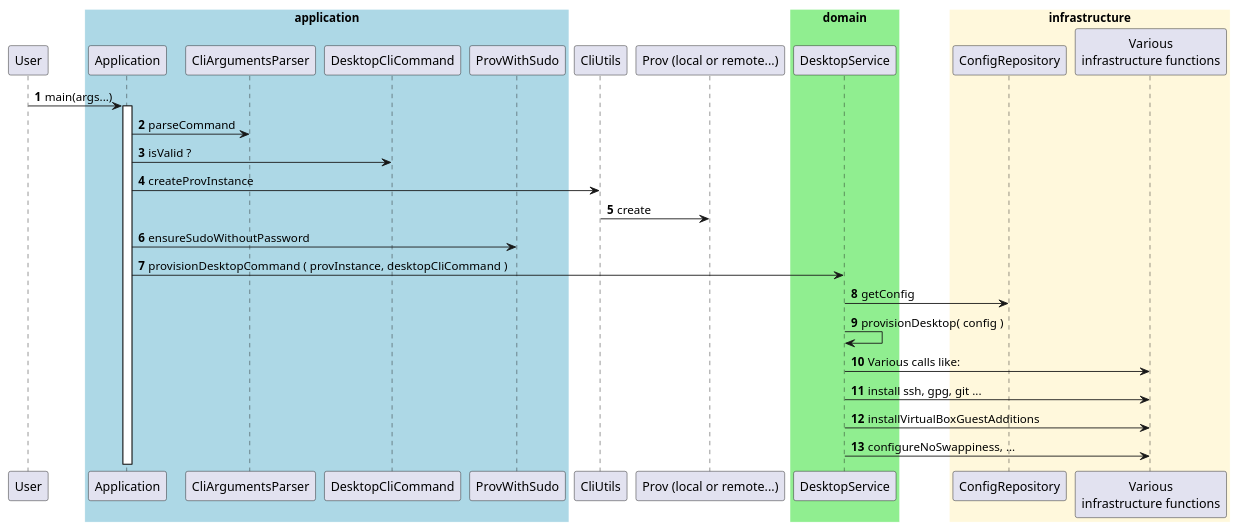
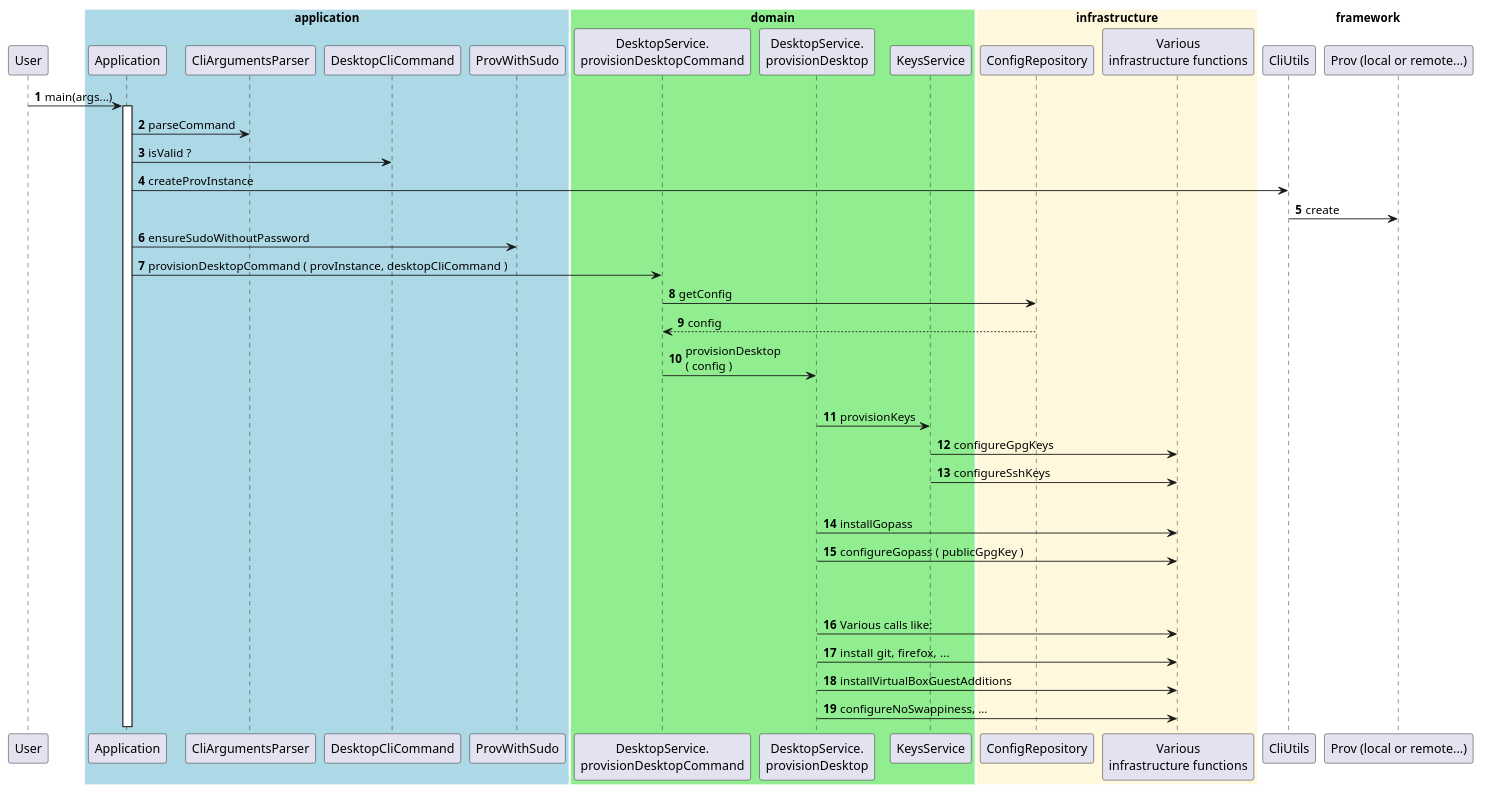
The diagram in doc/ProvisionDesktopSequence.md (DomainDrivenArchitecture/provs), drawn with PlantUML before and after one commit.

````diff
--- a/doc/ProvisionDesktopSequence.md
+++ b/doc/ProvisionDesktopSequence.md
@@ -1,53 +1,70 @@
 ```plantuml
 @startuml
 
 autonumber
 
 skinparam sequenceBox {
      borderColor White
 }
 
 participant User
 
 box "application" #LightBlue
 participant Application
 participant CliArgumentsParser
 participant DesktopCliCommand
 participant ProvWithSudo
 end box
 
-box  #White
-participant CliUtils
-participant "Prov (local or remote...)" as ProvInstance
-end box
-
 box "domain" #LightGreen
-participant "DesktopService"
+participant "DesktopService.\nprovisionDesktopCommand" as provisionDesktopCommand
+participant "DesktopService.\nprovisionDesktop" as provisionDesktop
+participant "KeysService"
 end box
 
 box "infrastructure" #CornSilk
 participant ConfigRepository
 participant "Various\ninfrastructure functions" as Infrastructure_functions
+end box
+
+box "framework" #White
+participant CliUtils
+participant "Prov (local or remote...)" as ProvInstance
 end box
 
 
 User -> Application ++ : main(args...)
 Application -> CliArgumentsParser : parseCommand
 Application -> DesktopCliCommand : isValid ?
 Application -> CliUtils : createProvInstance
 ProvInstance <- CliUtils : create
 
 Application -> ProvWithSudo : ensureSudoWithoutPassword
-Application -> DesktopService : provisionDesktopCommand ( provInstance, desktopCliCommand )
+Application -> provisionDesktopCommand : provisionDesktopCommand ( provInstance, desktopCliCommand )
 
-DesktopService -> ConfigRepository : getConfig
+provisionDesktopCommand -> ConfigRepository : getConfig
+provisionDesktopCommand <-- ConfigRepository : config
 
-DesktopService -> DesktopService : provisionDesktop( config )
+provisionDesktopCommand -> provisionDesktop : provisionDesktop\n( config )
 
-DesktopService -> Infrastructure_functions: Various calls like:
-DesktopService -> Infrastructure_functions: install ssh, gpg, git ...
-DesktopService -> Infrastructure_functions: installVirtualBoxGuestAdditions
-DesktopService -> Infrastructure_functions: configureNoSwappiness, ...
+|||
+
+provisionDesktop -> "KeysService" : provisionKeys
+"KeysService" -> Infrastructure_functions : configureGpgKeys
+"KeysService" -> Infrastructure_functions : configureSshKeys
+
+|||
+
+"provisionDesktop" -> Infrastructure_functions : installGopass
+"provisionDesktop" -> Infrastructure_functions : configureGopass ( publicGpgKey )
+
+|||
+|||
+
+provisionDesktop -> Infrastructure_functions: Various calls like:
+provisionDesktop -> Infrastructure_functions: install git, firefox,  ...
+provisionDesktop -> Infrastructure_functions: installVirtualBoxGuestAdditions
+provisionDesktop -> Infrastructure_functions: configureNoSwappiness, ...
 
 @enduml
 ```
````
